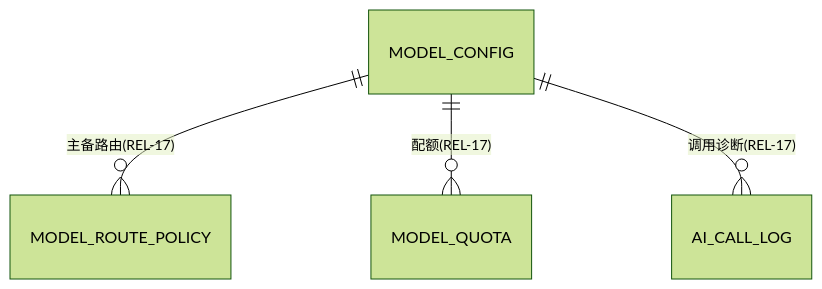
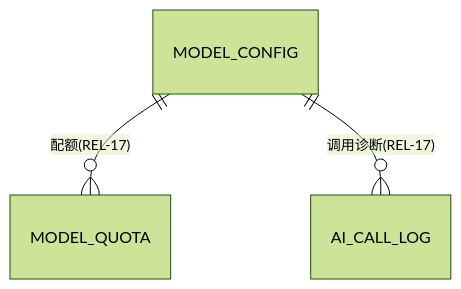
The second of 4 diagrams in db-design.md (yjxHli/AI-Practical-Project), drawn with Mermaid (forest theme) before and after one commit. The commit also changed other lines of this file and 1 other file, not shown here.

````diff
--- a/db-design.md
+++ b/db-design.md
@@ -129,6 +127,5 @@
 ```mermaid
 erDiagram
-    MODEL_CONFIG ||--o{ MODEL_ROUTE_POLICY : "主备路由(REL-17)"
     MODEL_CONFIG ||--o{ MODEL_QUOTA : "配额(REL-17)"
     MODEL_CONFIG ||--o{ AI_CALL_LOG : "调用诊断(REL-17)"
 ```
````
